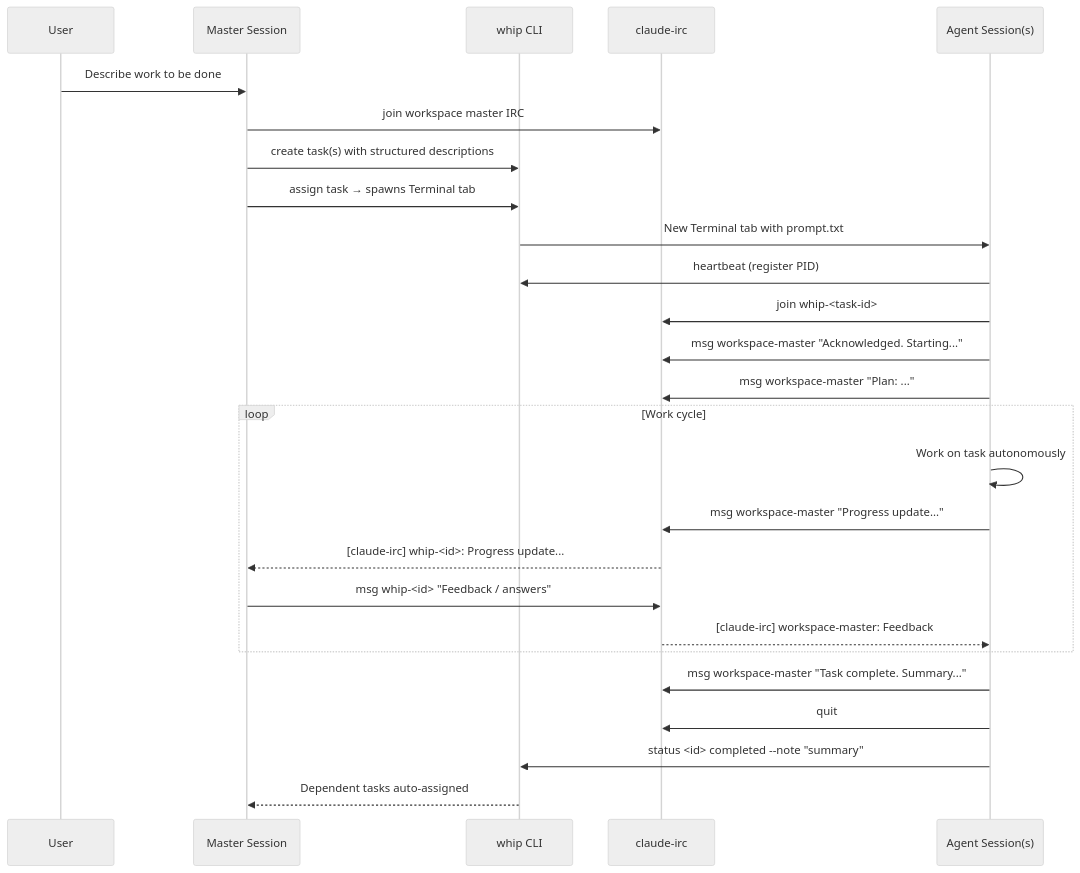
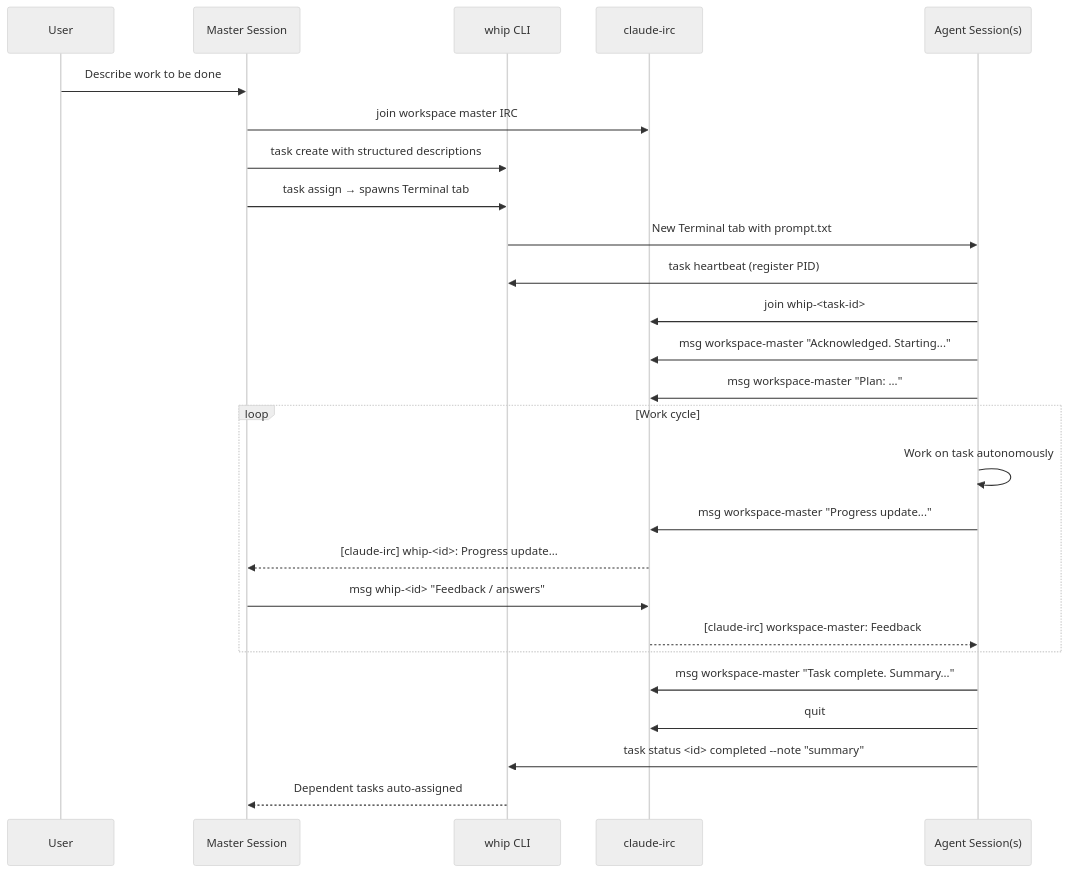
The first of 3 diagrams in whip/docs/workflow-en.md (DongGukMon/ai-tools), drawn with Mermaid (neutral theme) before and after one commit. The commit also changed other lines of this file and 44 other files, not shown here.

````diff
--- a/whip/docs/workflow-en.md
+++ b/whip/docs/workflow-en.md
@@ -14,32 +14,32 @@
 ```mermaid
 sequenceDiagram
     participant User
     participant Master as Master Session
     participant Whip as whip CLI
     participant IRC as claude-irc
     participant Agent as Agent Session(s)
 
     User->>Master: Describe work to be done
     Master->>IRC: join workspace master IRC
-    Master->>Whip: create task(s) with structured descriptions
-    Master->>Whip: assign task → spawns Terminal tab
+    Master->>Whip: task create with structured descriptions
+    Master->>Whip: task assign → spawns Terminal tab
     Whip->>Agent: New Terminal tab with prompt.txt
 
-    Agent->>Whip: heartbeat (register PID)
+    Agent->>Whip: task heartbeat (register PID)
     Agent->>IRC: join whip-<task-id>
     Agent->>IRC: msg workspace-master "Acknowledged. Starting..."
     Agent->>IRC: msg workspace-master "Plan: ..."
 
     loop Work cycle
         Agent->>Agent: Work on task autonomously
         Agent->>IRC: msg workspace-master "Progress update..."
         IRC-->>Master: [claude-irc] whip-<id>: Progress update...
         Master->>IRC: msg whip-<id> "Feedback / answers"
         IRC-->>Agent: [claude-irc] workspace-master: Feedback
     end
 
     Agent->>IRC: msg workspace-master "Task complete. Summary..."
     Agent->>IRC: quit
-    Agent->>Whip: status <id> completed --note "summary"
+    Agent->>Whip: task status <id> completed --note "summary"
     Whip-->>Master: Dependent tasks auto-assigned
 ```
````
